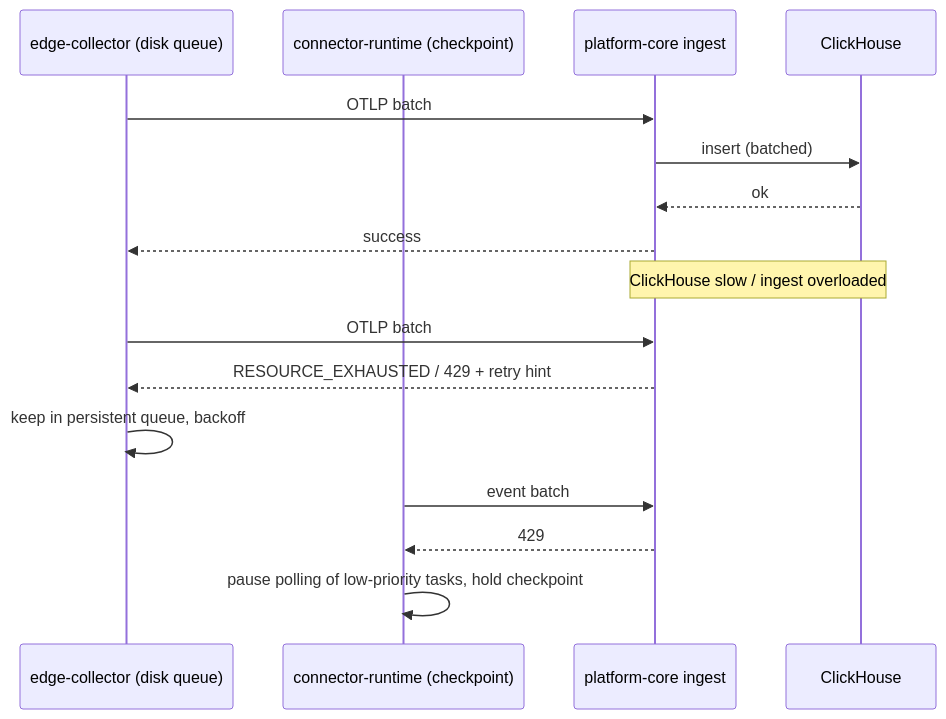
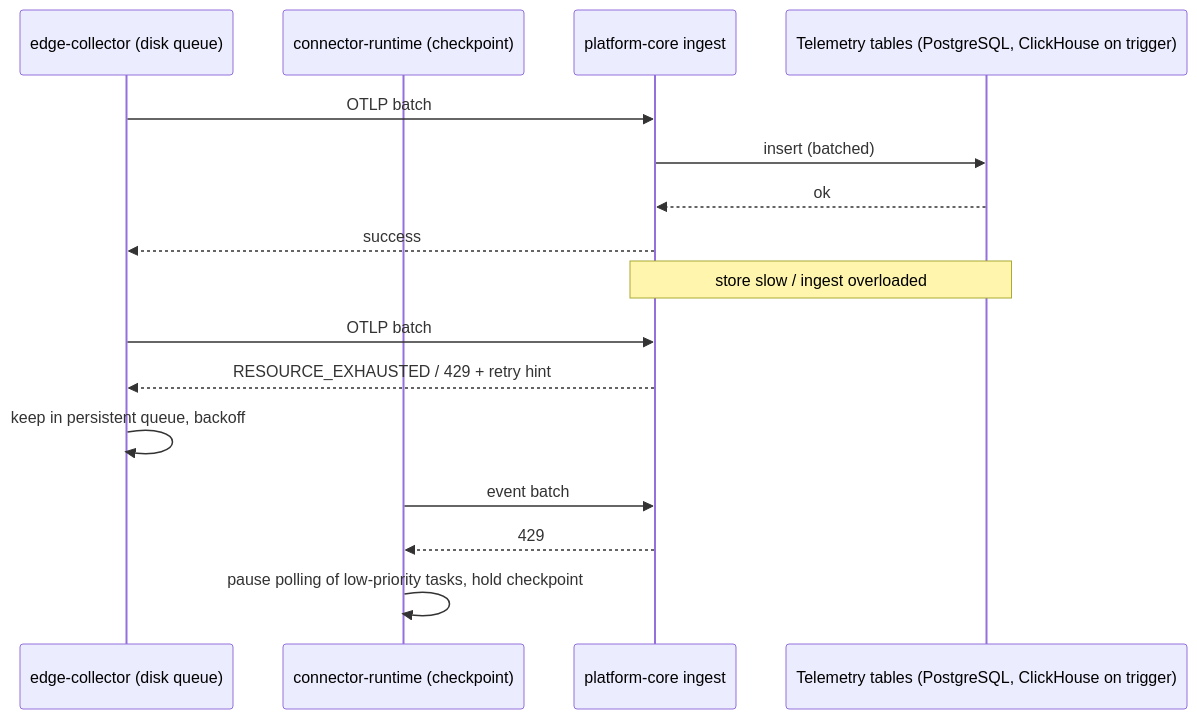
One commit to navy1919/IssabelMonitoring changed the third of 4 diagrams in docs/architecture/ingestion-and-connectors.md. Above: the diagram before and after it, drawn with Mermaid. The commit also changed other lines of this file and 46 other files, not shown here.

````diff
--- a/docs/architecture/ingestion-and-connectors.md
+++ b/docs/architecture/ingestion-and-connectors.md
@@ -326,18 +354,18 @@
 ```mermaid
 sequenceDiagram
   participant EC as edge-collector (disk queue)
   participant CR as connector-runtime (checkpoint)
   participant ING as platform-core ingest
-  participant CH as ClickHouse
+  participant CH as Telemetry tables (PostgreSQL, ClickHouse on trigger)
   EC->>ING: OTLP batch
   ING->>CH: insert (batched)
   CH-->>ING: ok
   ING-->>EC: success
-  Note over ING,CH: ClickHouse slow / ingest overloaded
+  Note over ING,CH: store slow / ingest overloaded
   EC->>ING: OTLP batch
   ING-->>EC: RESOURCE_EXHAUSTED / 429 + retry hint
   EC->>EC: keep in persistent queue, backoff
   CR->>ING: event batch
   ING-->>CR: 429
   CR->>CR: pause polling of low-priority tasks, hold checkpoint
 ```
````
